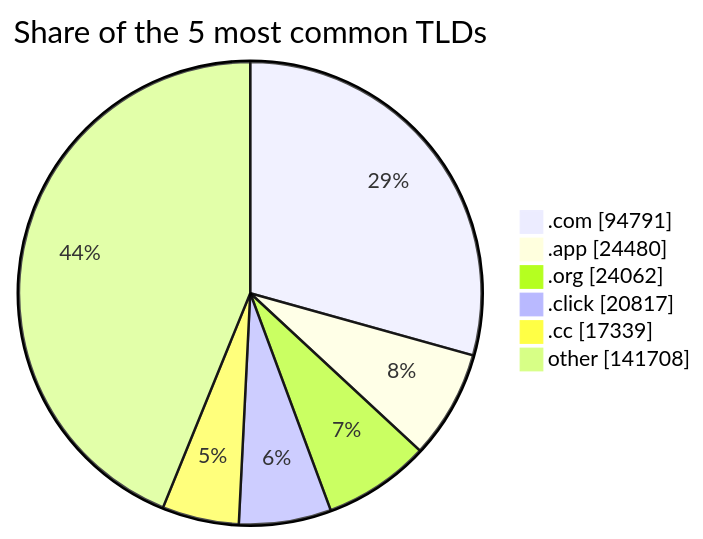
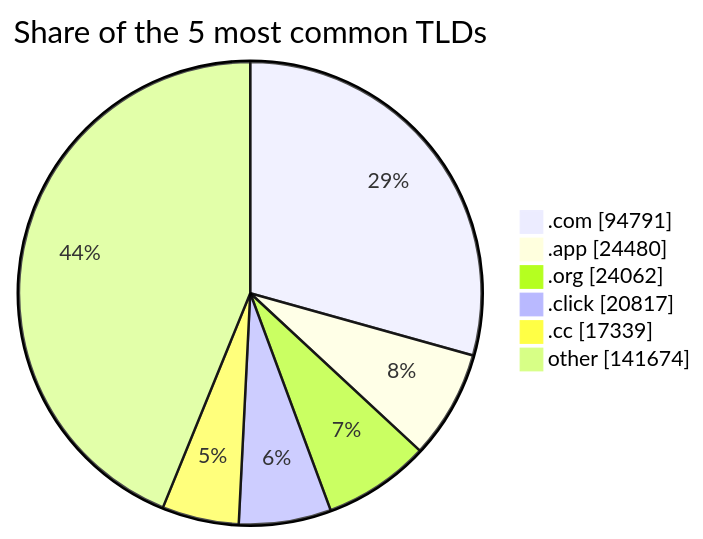
Before and after one commit to DNSBunker/CTI: the third of 3 diagrams in README.md, drawn with Mermaid. The commit also changed other lines of this file and 4 other files, not shown here.

````diff
--- a/README.md
+++ b/README.md
@@ -81,9 +81,9 @@
 ```mermaid
 pie showData title Share of the 5 most common TLDs
     ".com" : 94791
     ".app" : 24480
     ".org" : 24062
     ".click" : 20817
     ".cc" : 17339
-    "other" : 141708
+    "other" : 141674
 ```
````
